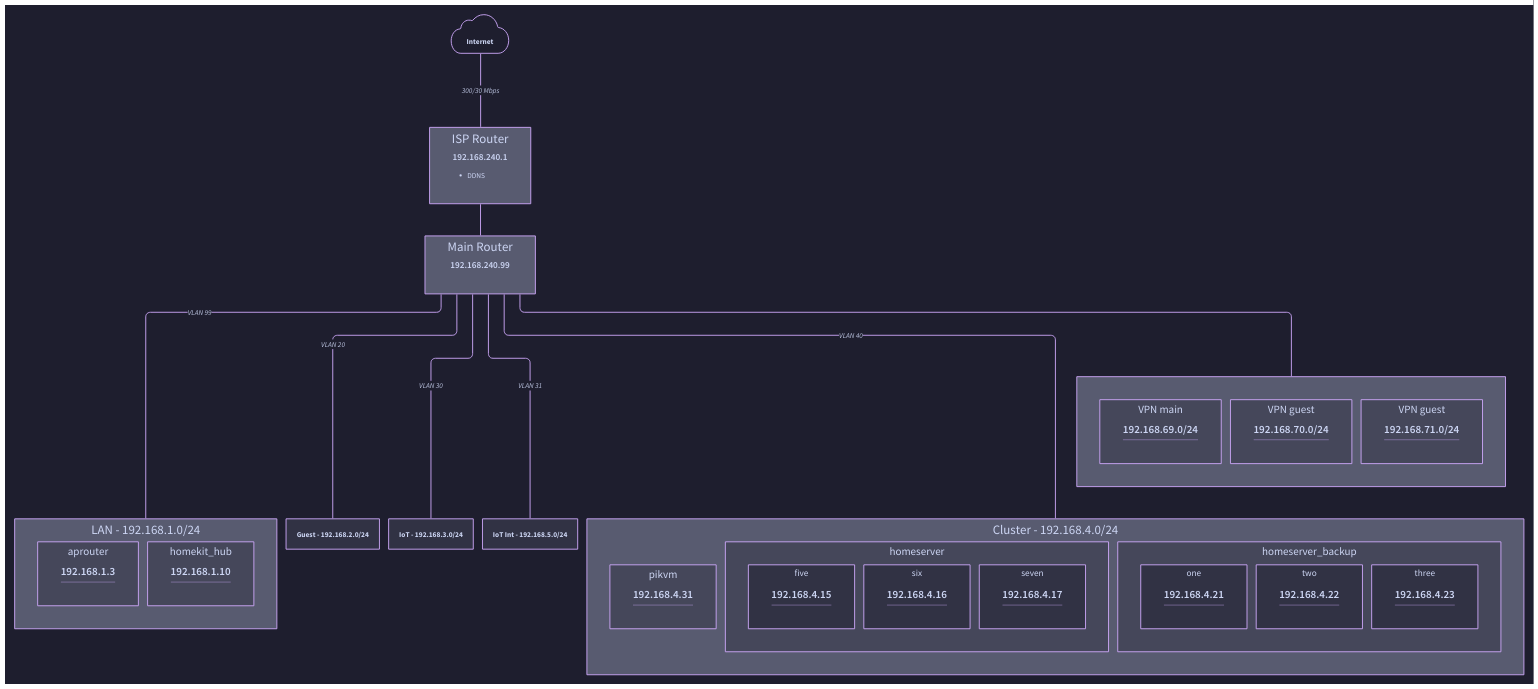
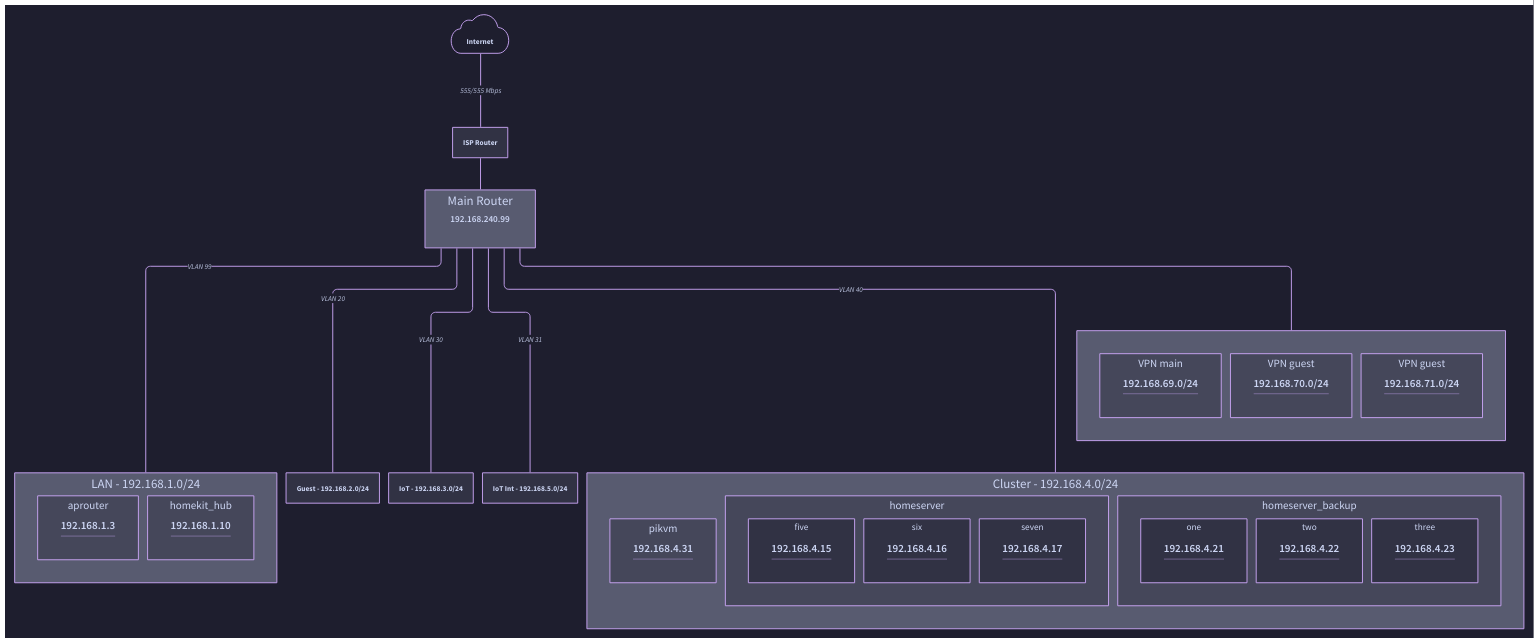
One commit to dezeroku/network_layout changed the diagram in docs/diagrams/network_overview.d2. Above: the diagram before and after it, drawn with D2. The commit also changed 3 other files, not shown here.

```diff
--- a/docs/diagrams/network_overview.d2
+++ b/docs/diagrams/network_overview.d2
@@ -1,145 +1,141 @@
 vars: {
   d2-config: {
     layout-engine: elk
     theme-id: 200
   }
 }
 direction: down
 
 classes: {
   *: {
     label: ""
     shape: rectangle
     style: {
       border-radius: 10
     }
   }
 }
 
 internet: {
   shape: cloud
   label: "Internet"
 }
 
 isp_router: {
   label: "ISP Router"
-  explanation: |md
-    ### 192.168.240.1
-    - DDNS
-  |
 }
 
 mainrouter: {
   label: "Main Router"
   explanation: |md
     ### 192.168.240.99
   |
 }
 
 vlan_lan: {
   label: "LAN - 192.168.1.0/24"
 }
 
 vlan_guest: {
   label: "Guest - 192.168.2.0/24"
 }
 
 vlan_iot: {
   label: "IoT - 192.168.3.0/24"
 }
 
 vlan_iot_int: {
   label: "IoT Int - 192.168.5.0/24"
 }
 
 vlan_cluster: {
   label: "Cluster - 192.168.4.0/24"
 }
 
 vpn: {
   label: ""
 }
 
 vpn.main: {
   label: "VPN main"
   explanation: |md
     ## 192.168.69.0/24
   |
 }
 
 vpn.guest: {
   label: "VPN guest"
   explanation: |md
     ## 192.168.70.0/24
   |
 }
 
 vpn.family: {
   label: "VPN guest"
   explanation: |md
     ## 192.168.71.0/24
   |
 }
 
 vlan_lan.aprouter: {
   explanation: |md
     ## 192.168.1.3
   |
 }
 
 vlan_lan.homekit_hub: {
   explanation: |md
     ## 192.168.1.10
   |
 }
 
 vlan_cluster.pikvm: {
   explanation: |md
     ## 192.168.4.31
   |
 }
 
 vlan_cluster.homeserver.five: {
   explanation: |md
     ## 192.168.4.15
   |
 }
 
 vlan_cluster.homeserver.six: {
   explanation: |md
     ## 192.168.4.16
   |
 }
 
 vlan_cluster.homeserver.seven: {
   explanation: |md
     ## 192.168.4.17
   |
 }
 
 vlan_cluster.homeserver_backup.one: {
   explanation: |md
     ## 192.168.4.21
   |
 }
 
 vlan_cluster.homeserver_backup.two: {
   explanation: |md
     ## 192.168.4.22
   |
 }
 
 vlan_cluster.homeserver_backup.three: {
   explanation: |md
     ## 192.168.4.23
   |
 }
 
-internet -- isp_router: "300/30 Mbps"
+internet -- isp_router: "555/555 Mbps"
 isp_router -- mainrouter
 mainrouter -- vlan_lan: "VLAN 99"
 mainrouter -- vlan_guest: "VLAN 20"
 mainrouter -- vlan_iot: "VLAN 30"
 mainrouter -- vlan_iot_int: "VLAN 31"
 mainrouter -- vlan_cluster: "VLAN 40"
 mainrouter -- vpn
```
